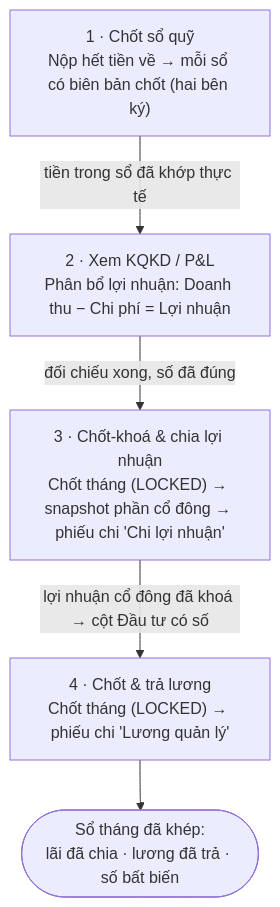
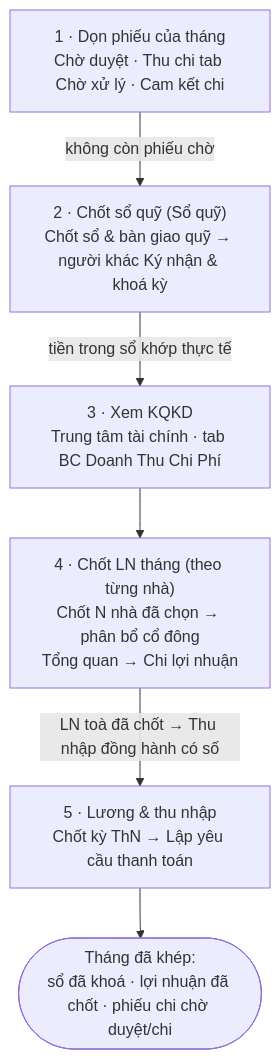
One commit to zxGreenxz/whiteboard-ihomecrm changed the diagram in docs/huong-dan-su-dung/01-bat-dau/quy-trinh-chot-thang/index.md. Above: the diagram before and after it, drawn with Mermaid. The commit also changed other lines of this file and 347 other files, not shown here.

````diff
--- a/docs/huong-dan-su-dung/01-bat-dau/quy-trinh-chot-thang/index.md
+++ b/docs/huong-dan-su-dung/01-bat-dau/quy-trinh-chot-thang/index.md
@@ -33,7 +30,8 @@
 ```mermaid
 flowchart TD
-  R["1 · Chốt sổ quỹ<br/>Nộp hết tiền về → mỗi sổ có biên bản chốt (hai bên ký)"] -->|"tiền trong sổ đã khớp thực tế"| P["2 · Xem KQKD / P&L<br/>Phân bổ lợi nhuận: Doanh thu − Chi phí = Lợi nhuận"]
-  P -->|"đối chiếu xong, số đã đúng"| L["3 · Chốt-khoá & chia lợi nhuận<br/>Chốt tháng (LOCKED) → snapshot phần cổ đông → phiếu chi 'Chi lợi nhuận'"]
-  L -->|"lợi nhuận cổ đông đã khoá → cột Đầu tư có số"| S["4 · Chốt & trả lương<br/>Chốt tháng (LOCKED) → phiếu chi 'Lương quản lý'"]
-  S --> E(["Sổ tháng đã khép:<br/>lãi đã chia · lương đã trả · số bất biến"])
+  A["1 · Dọn phiếu của tháng<br/>Chờ duyệt · Thu chi tab Chờ xử lý · Cam kết chi"] -->|"không còn phiếu chờ"| R["2 · Chốt sổ quỹ (Sổ quỹ)<br/>Chốt sổ & bàn giao quỹ → người khác Ký nhận & khoá kỳ"]
+  R -->|"tiền trong sổ khớp thực tế"| P["3 · Xem KQKD<br/>Trung tâm tài chính · tab BC Doanh Thu Chi Phí"]
+  P --> L["4 · Chốt LN tháng (theo từng nhà)<br/>Chốt N nhà đã chọn → phân bổ cổ đông<br/>Tổng quan → Chi lợi nhuận"]
+  L -->|"LN toà đã chốt → Thu nhập đồng hành có số"| S["5 · Lương & thu nhập<br/>Chốt kỳ ThN → Lập yêu cầu thanh toán"]
+  S --> E(["Tháng đã khép:<br/>sổ đã khoá · lợi nhuận đã chốt · phiếu chi chờ duyệt/chi"])
 ```
````
